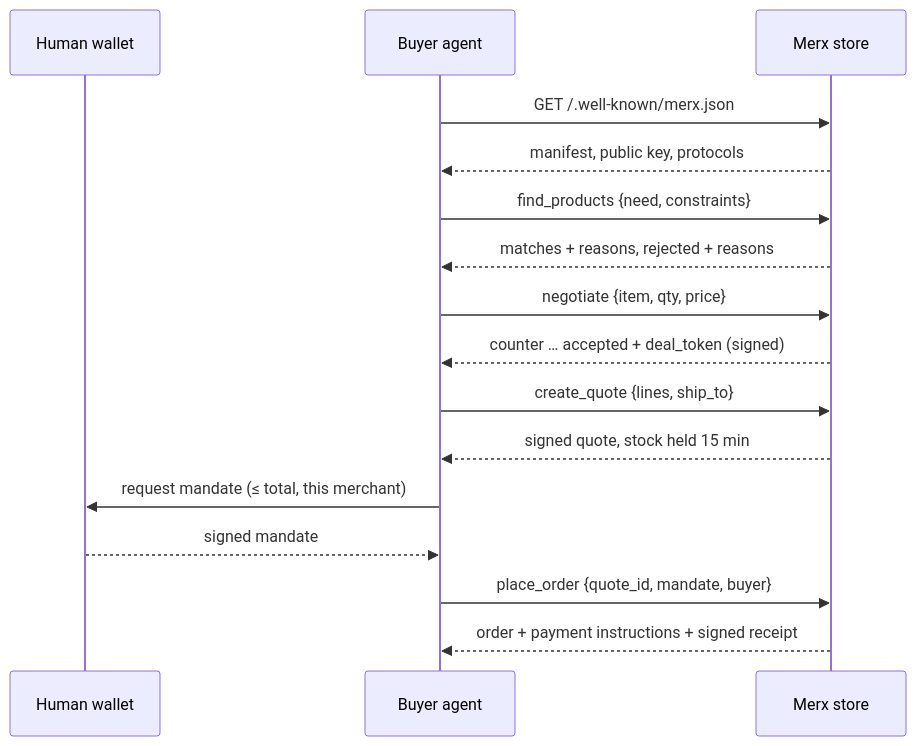
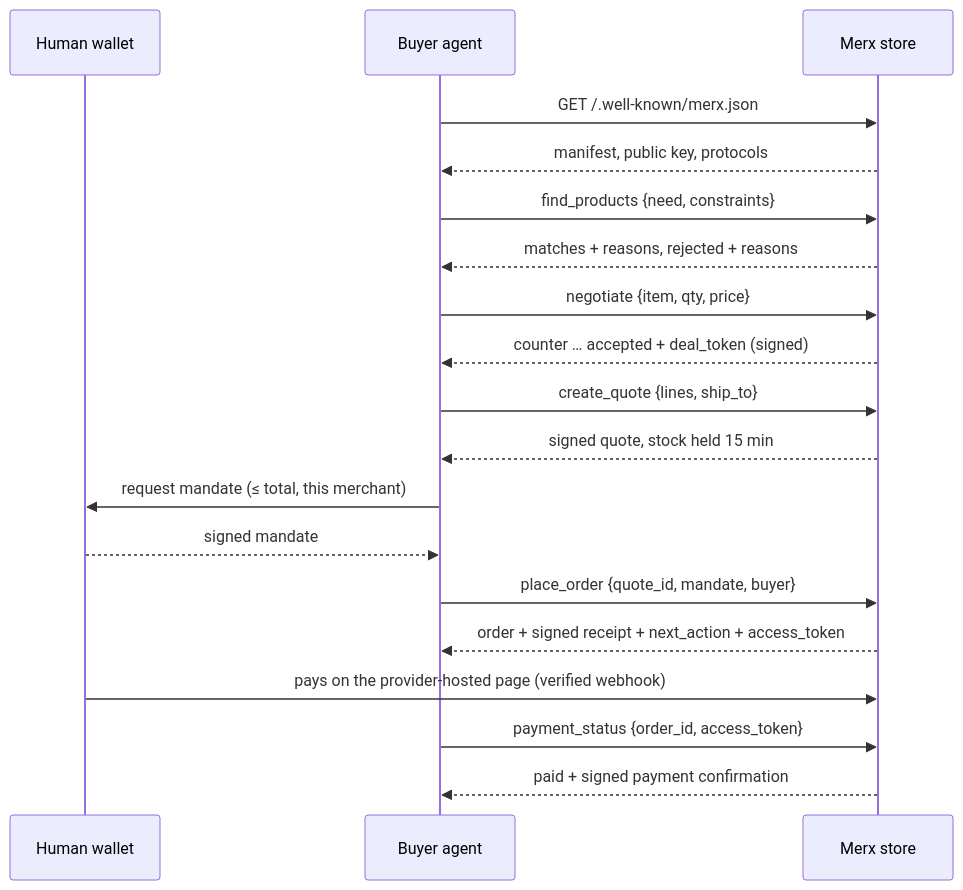
The diagram in README.md (kamilkubik89/merx), drawn with Mermaid before and after one commit. The commit also changed other lines of this file and 43 other files, not shown here.

````diff
--- a/README.md
+++ b/README.md
@@ -151,18 +162,21 @@
 ```mermaid
 sequenceDiagram
     participant H as Human wallet
     participant A as Buyer agent
     participant S as Merx store
     A->>S: GET /.well-known/merx.json
     S-->>A: manifest, public key, protocols
     A->>S: find_products {need, constraints}
     S-->>A: matches + reasons, rejected + reasons
     A->>S: negotiate {item, qty, price}
     S-->>A: counter … accepted + deal_token (signed)
     A->>S: create_quote {lines, ship_to}
     S-->>A: signed quote, stock held 15 min
     A->>H: request mandate (≤ total, this merchant)
     H-->>A: signed mandate
     A->>S: place_order {quote_id, mandate, buyer}
-    S-->>A: order + payment instructions + signed receipt
+    S-->>A: order + signed receipt + next_action + access_token
+    H->>S: pays on the provider-hosted page (verified webhook)
+    A->>S: payment_status {order_id, access_token}
+    S-->>A: paid + signed payment confirmation
 ```
````
